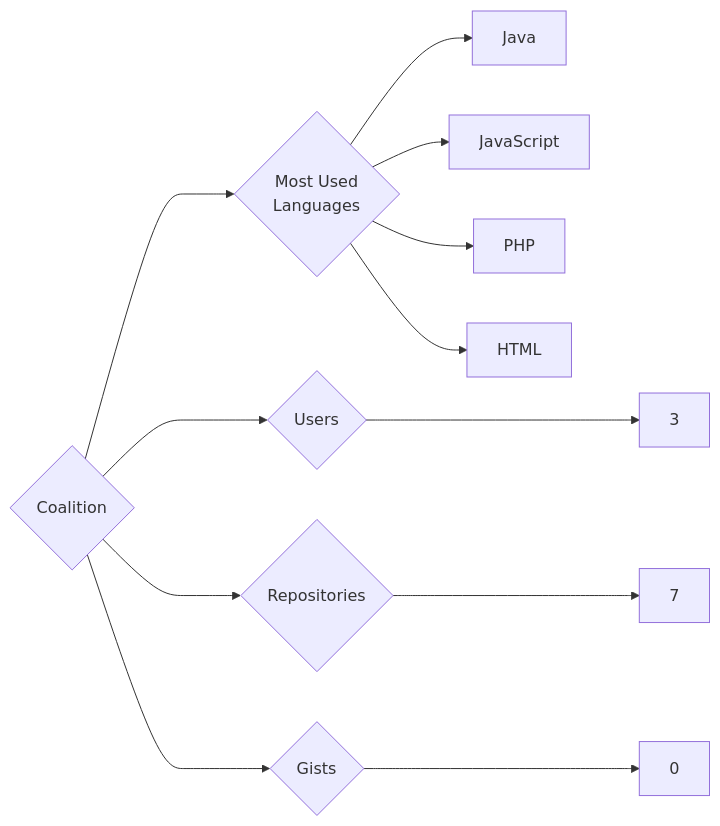
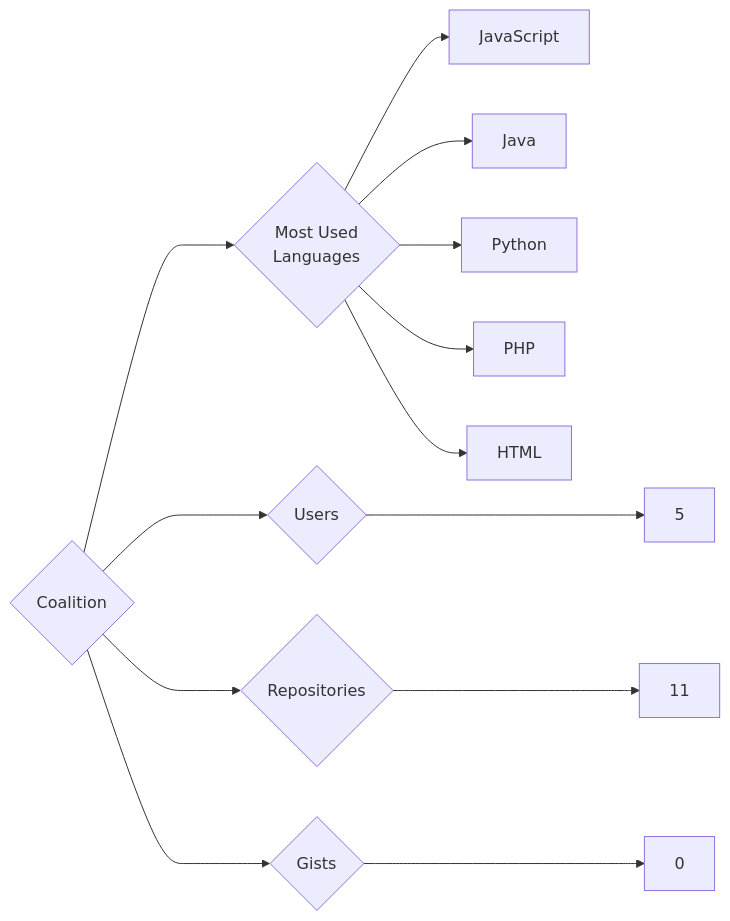
Before and after one commit to trickest/insiders: the diagram in targets/Coalition/README.md, drawn with Mermaid. The commit also changed 951 other files, not shown here.

````diff
--- a/targets/Coalition/README.md
+++ b/targets/Coalition/README.md
@@ -3,12 +3,13 @@
 ```mermaid
 graph LR
 COMPANY_NAME{Coalition}
-COMPANY_NAME ---> U{Users} ---> UN[3]
-COMPANY_NAME ---> R{Repositories} ---> RN[7]
+COMPANY_NAME ---> U{Users} ---> UN[5]
+COMPANY_NAME ---> R{Repositories} ---> RN[11]
 COMPANY_NAME ---> G{Gists} ---> GN[0]
 COMPANY_NAME ---> ML{Most Used<br>Languages}
-ML --> Java
-ML --> JavaScript
-ML --> PHP
-ML --> HTML
+ML --> JavaScript[JavaScript]
+ML --> Java[Java]
+ML --> Python[Python]
+ML --> PHP[PHP]
+ML --> HTML[HTML]
 ```
````
